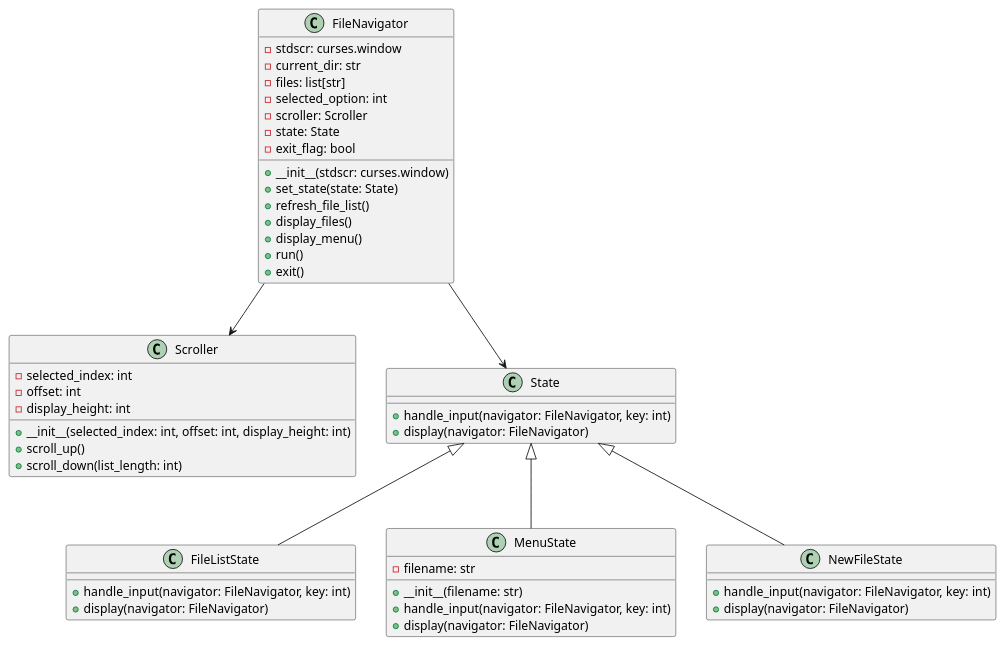
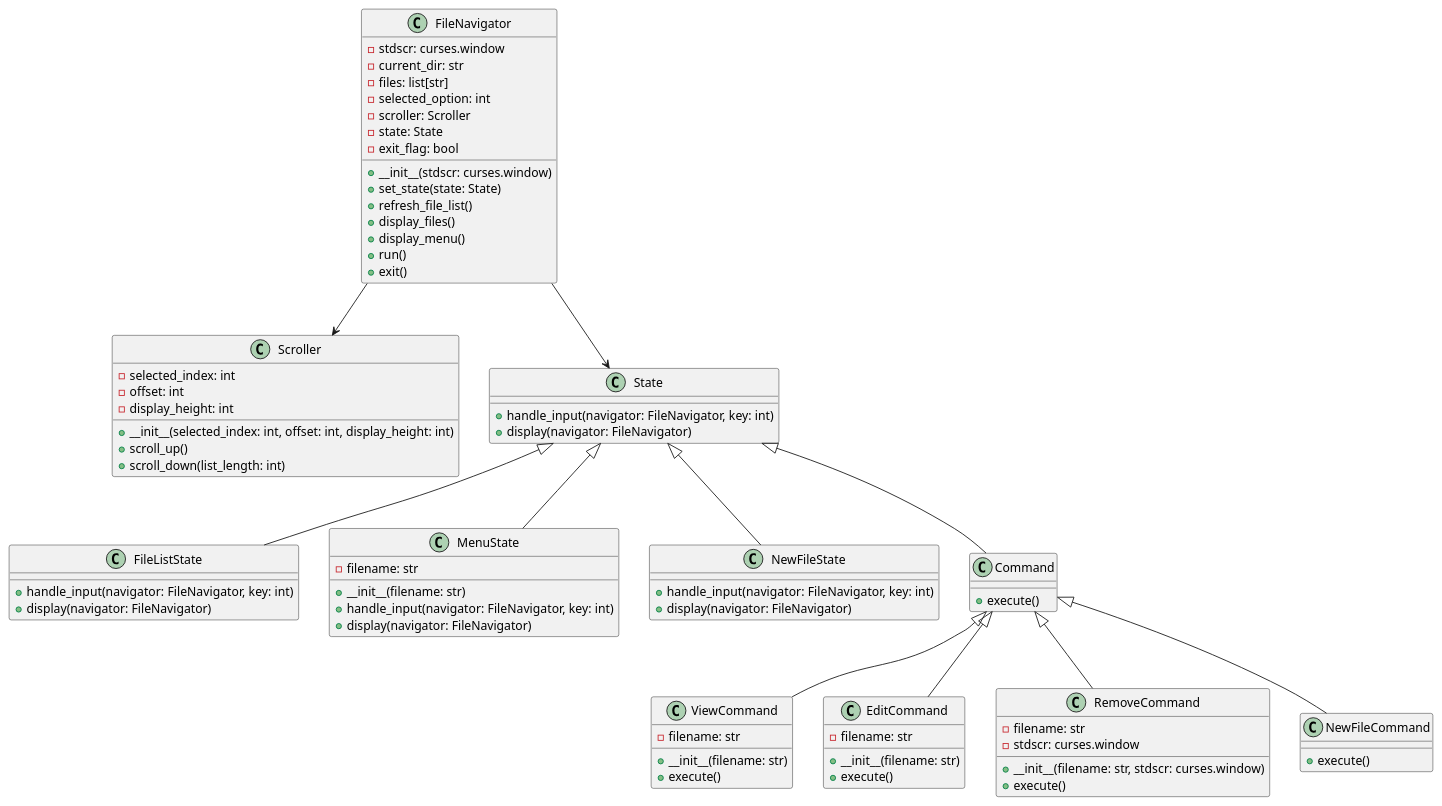
One commit to fuddt/myCurses changed the diagram in docs/class_diagram.puml. Above: the diagram before and after it, drawn with PlantUML. The commit also changed 2 other files, not shown here.

Commit message:
Add detailed PlantUML diagrams for FileNavigator
---

For more details, open the [Copilot Workspace session](https://copilot-workspace.githubnext.com/fuddt/myCurses?shareId=XXXX-XXXX-XXXX-XXXX).

```diff
--- a/docs/class_diagram.puml
+++ b/docs/class_diagram.puml
@@ -1,57 +1,89 @@
 @startuml
 
 class FileNavigator {
     - stdscr: curses.window
     - current_dir: str
     - files: list[str]
     - selected_option: int
     - scroller: Scroller
     - state: State
     - exit_flag: bool
     + __init__(stdscr: curses.window)
     + set_state(state: State)
     + refresh_file_list()
     + display_files()
     + display_menu()
     + run()
     + exit()
 }
 
 class Scroller {
     - selected_index: int
     - offset: int
     - display_height: int
     + __init__(selected_index: int, offset: int, display_height: int)
     + scroll_up()
     + scroll_down(list_length: int)
 }
 
 class State {
     + handle_input(navigator: FileNavigator, key: int)
     + display(navigator: FileNavigator)
 }
 
 class FileListState {
     + handle_input(navigator: FileNavigator, key: int)
     + display(navigator: FileNavigator)
 }
 
 class MenuState {
     - filename: str
     + __init__(filename: str)
     + handle_input(navigator: FileNavigator, key: int)
     + display(navigator: FileNavigator)
 }
 
 class NewFileState {
     + handle_input(navigator: FileNavigator, key: int)
     + display(navigator: FileNavigator)
 }
 
+class Command {
+    + execute()
+}
+
+class ViewCommand {
+    - filename: str
+    + __init__(filename: str)
+    + execute()
+}
+
+class EditCommand {
+    - filename: str
+    + __init__(filename: str)
+    + execute()
+}
+
+class RemoveCommand {
+    - filename: str
+    - stdscr: curses.window
+    + __init__(filename: str, stdscr: curses.window)
+    + execute()
+}
+
+class NewFileCommand {
+    + execute()
+}
+
 FileNavigator --> Scroller
 FileNavigator --> State
 State <|-- FileListState
 State <|-- MenuState
 State <|-- NewFileState
+State <|-- Command
+Command <|-- ViewCommand
+Command <|-- EditCommand
+Command <|-- RemoveCommand
+Command <|-- NewFileCommand
 
 @enduml
```
